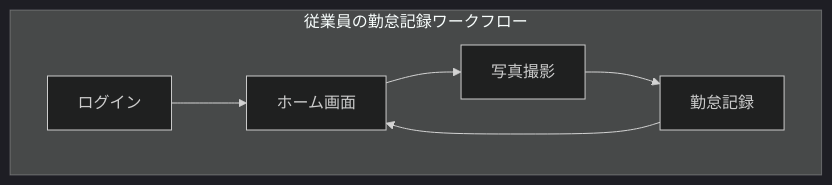
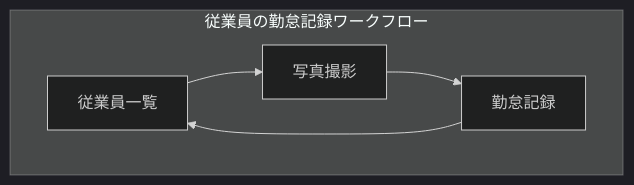
Before and after one commit to yamasaw/attendance-management-mobile-by-ai-driven: the first of 2 diagrams in doc/business_requirements.md, drawn with Mermaid (dark theme). The commit also changed other lines of this file and 4 other files, not shown here.

````diff
--- a/doc/business_requirements.md
+++ b/doc/business_requirements.md
@@ -15,9 +15,8 @@
 ```mermaid
 flowchart TD
     subgraph "従業員の勤怠記録ワークフロー"
-        A[ログイン] --> B[ホーム画面]
-        B --> C[写真撮影]
-        C --> D[勤怠記録]
-        D --> B
+        A[従業員一覧] --> B[写真撮影]
+        B --> C[勤怠記録]
+        C --> A
     end
 ```
````
